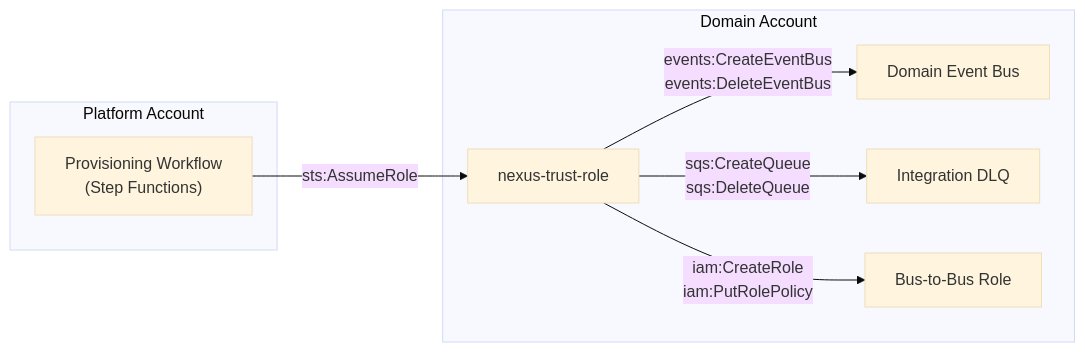
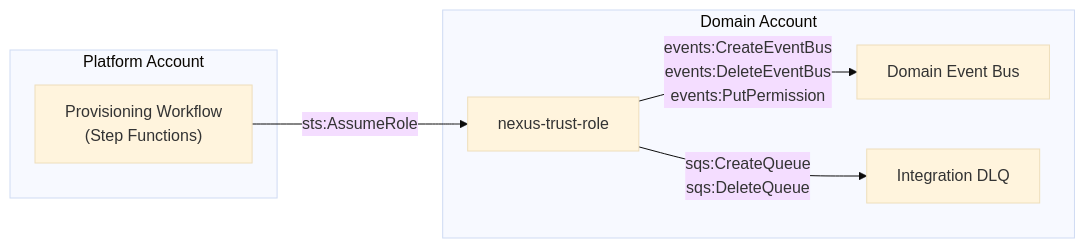
The seventh of 9 diagrams in docs/development/architecture.md (liedig/konductor4evb), drawn with Mermaid (base theme) before and after one commit. The commit also changed other lines of this file and 51 other files, not shown here.

First line of the commit message:
feat(event-streams): schema-first event subscriptions

````diff
--- a/docs/development/architecture.md
+++ b/docs/development/architecture.md
@@ -328,18 +335,16 @@
 ```mermaid
 graph LR
     subgraph platform["Platform Account"]
         provwf["Provisioning Workflow<br/>(Step Functions)"]
     end
 
     subgraph app["Domain Account"]
         trustrole["nexus-trust-role"]
         appbus["Domain Event Bus"]
         appdlq["Integration DLQ"]
-        b2brole["Bus-to-Bus Role"]
     end
 
     provwf -->|"sts:AssumeRole"| trustrole
-    trustrole -->|"events:CreateEventBus<br/>events:DeleteEventBus"| appbus
+    trustrole -->|"events:CreateEventBus<br/>events:DeleteEventBus<br/>events:PutPermission"| appbus
     trustrole -->|"sqs:CreateQueue<br/>sqs:DeleteQueue"| appdlq
-    trustrole -->|"iam:CreateRole<br/>iam:PutRolePolicy"| b2brole
 ```
````
